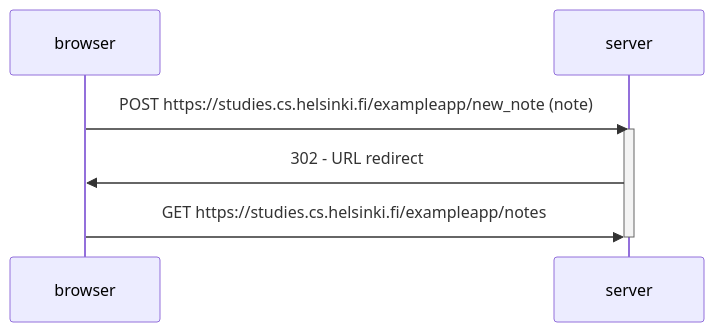
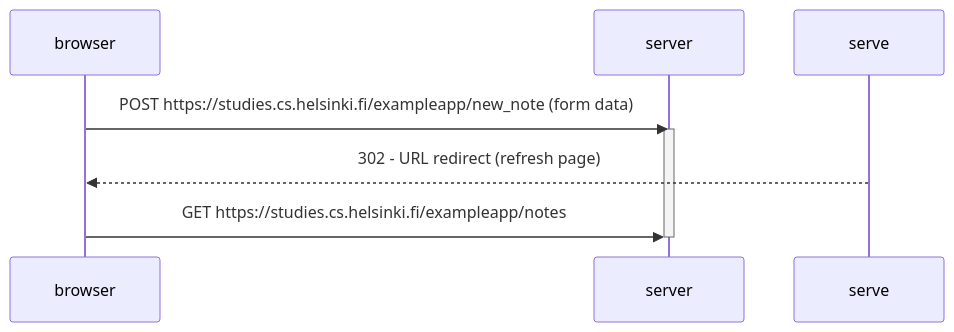
The diagram in part0/0_4/new_note.md (ProspektsMarch22/fullstackopen), drawn with Mermaid before and after one commit.

Commit message:
fixes formatting

````diff
--- a/part0/0_4/new_note.md
+++ b/part0/0_4/new_note.md
@@ -1,11 +1,11 @@
 ```mermaid
     sequenceDiagram
       participant browser
       participant server
 
-      browser->>server: POST https://studies.cs.helsinki.fi/exampleapp/new_note (note)
+      browser->>server: POST https://studies.cs.helsinki.fi/exampleapp/new_note (form data)
       activate server
-      server->>browser: 302 - URL redirect
+      serve-->>browser: 302 - URL redirect (refresh page)
       browser->>server: GET https://studies.cs.helsinki.fi/exampleapp/notes
       deactivate server
 ```
````
